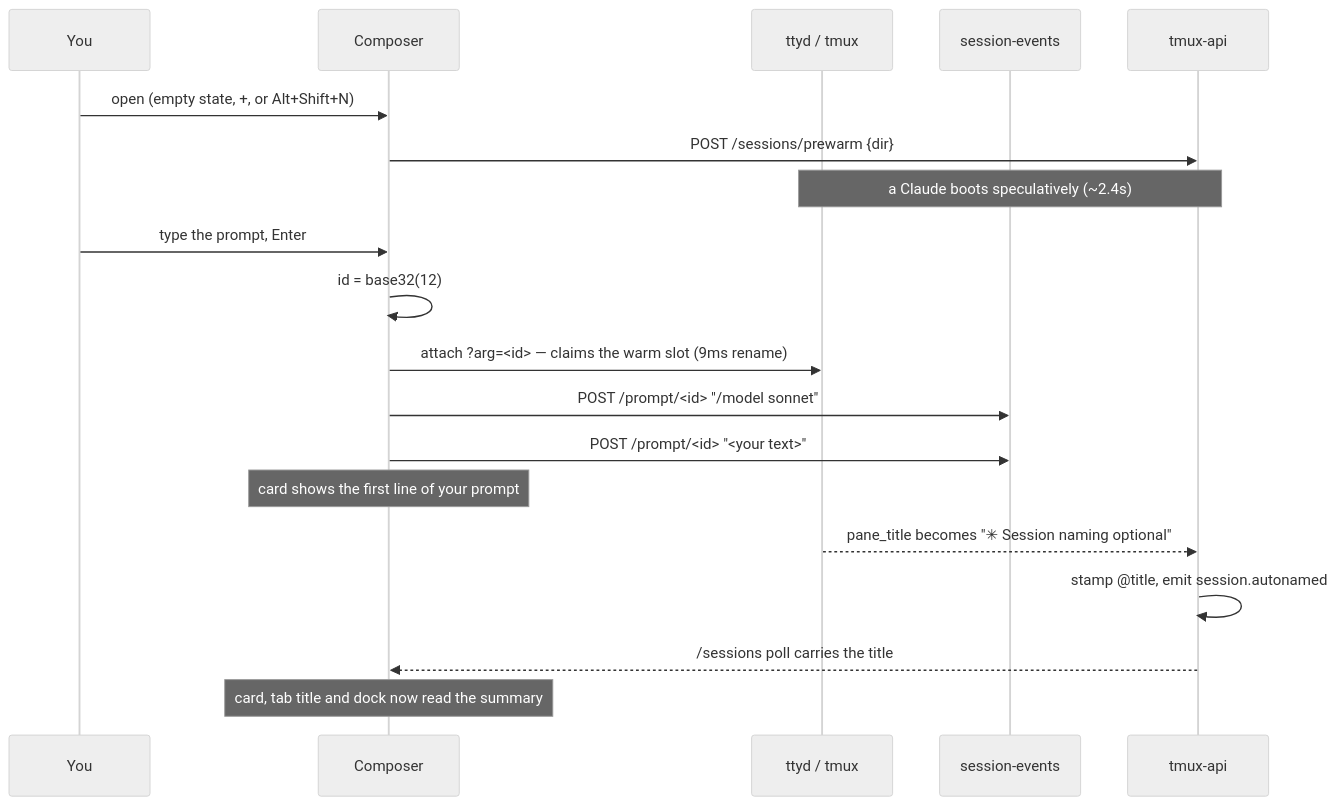
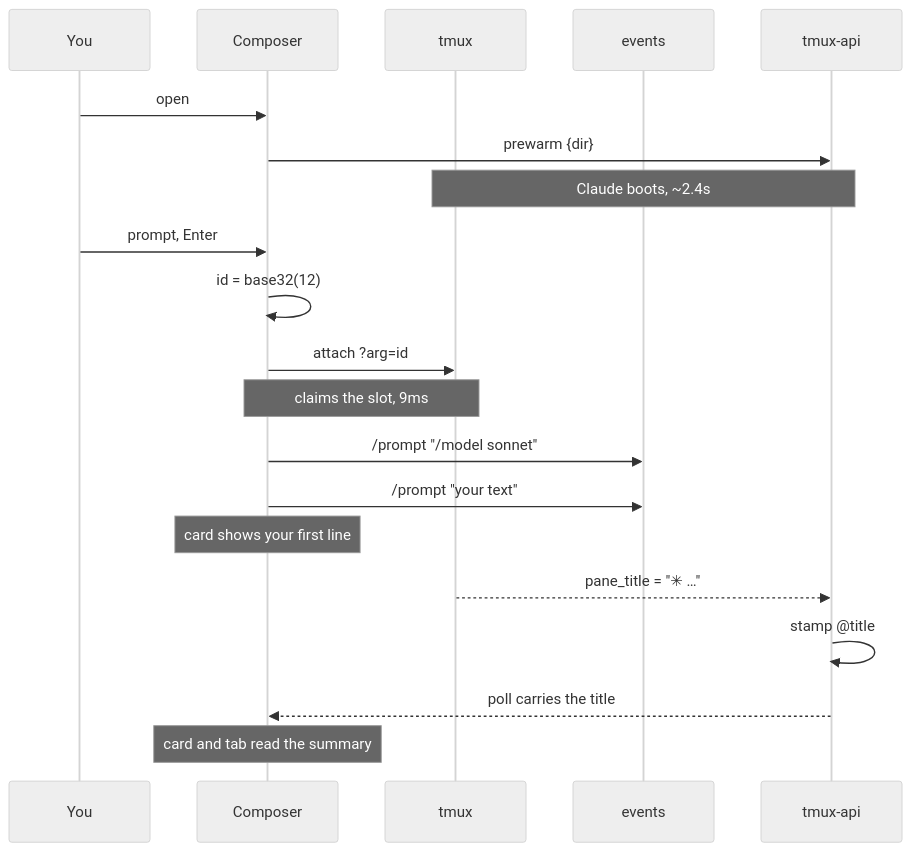
The first of 3 diagrams in docs/plans/2026-09-04-prompt-first-sessions-design.md (ViktorBarzin/terminal-lobby), drawn with Mermaid (neutral theme) before and after one commit. The commit also changed other lines of this file, not shown here.

First line of the commit message:
docs(prompt-first sessions): make the diagrams fit a phone

````diff
--- a/docs/plans/2026-09-04-prompt-first-sessions-design.md
+++ b/docs/plans/2026-09-04-prompt-first-sessions-design.md
@@ -78,22 +78,23 @@
 ```mermaid
 sequenceDiagram
     participant U as You
     participant C as Composer
-    participant T as ttyd / tmux
-    participant SE as session-events
+    participant T as tmux
+    participant S as events
     participant A as tmux-api
 
-    U->>C: open (empty state, +, or Alt+Shift+N)
-    C->>A: POST /sessions/prewarm {dir}
-    Note over A,T: a Claude boots speculatively (~2.4s)
-    U->>C: type the prompt, Enter
+    U->>C: open
+    C->>A: prewarm {dir}
+    Note over A,T: Claude boots, ~2.4s
+    U->>C: prompt, Enter
     C->>C: id = base32(12)
-    C->>T: attach ?arg=<id> — claims the warm slot (9ms rename)
-    C->>SE: POST /prompt/<id> "/model sonnet"
-    C->>SE: POST /prompt/<id> "<your text>"
-    Note over C: card shows the first line of your prompt
-    T-->>A: pane_title becomes "✳ Session naming optional"
-    A->>A: stamp @title, emit session.autonamed
-    A-->>C: /sessions poll carries the title
-    Note over C: card, tab title and dock now read the summary
+    C->>T: attach ?arg=id
+    Note over C,T: claims the slot, 9ms
+    C->>S: /prompt "/model sonnet"
+    C->>S: /prompt "your text"
+    Note over C: card shows your first line
+    T-->>A: pane_title = "✳ …"
+    A->>A: stamp @title
+    A-->>C: poll carries the title
+    Note over C: card and tab read the summary
 ```
````
